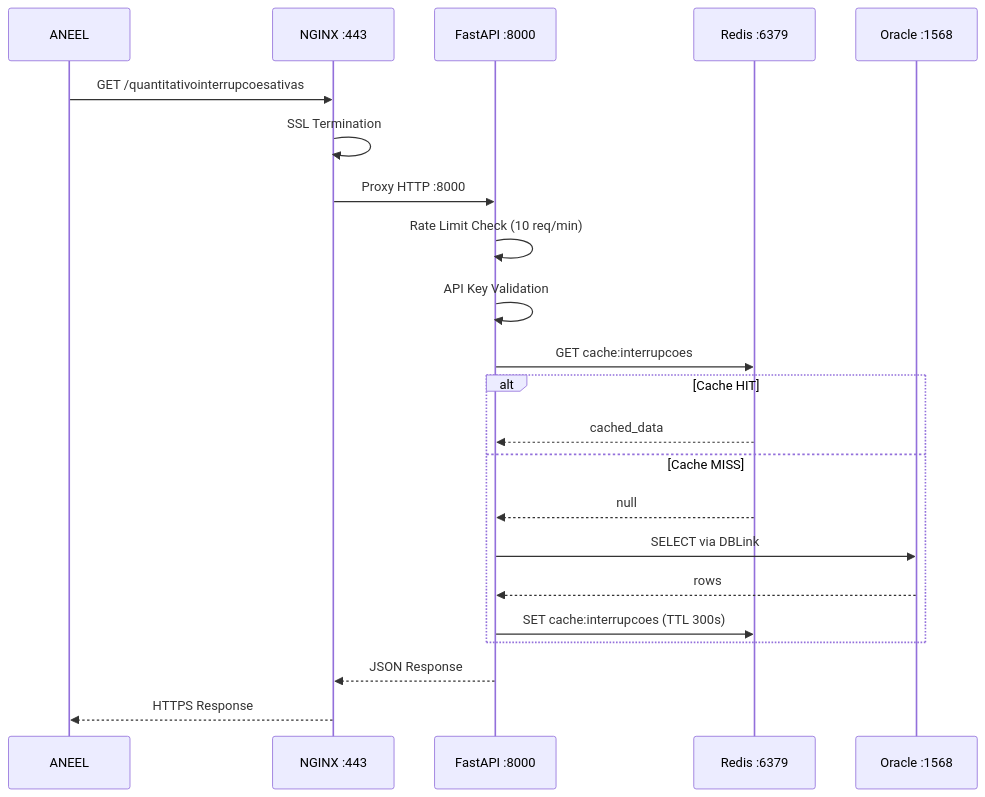
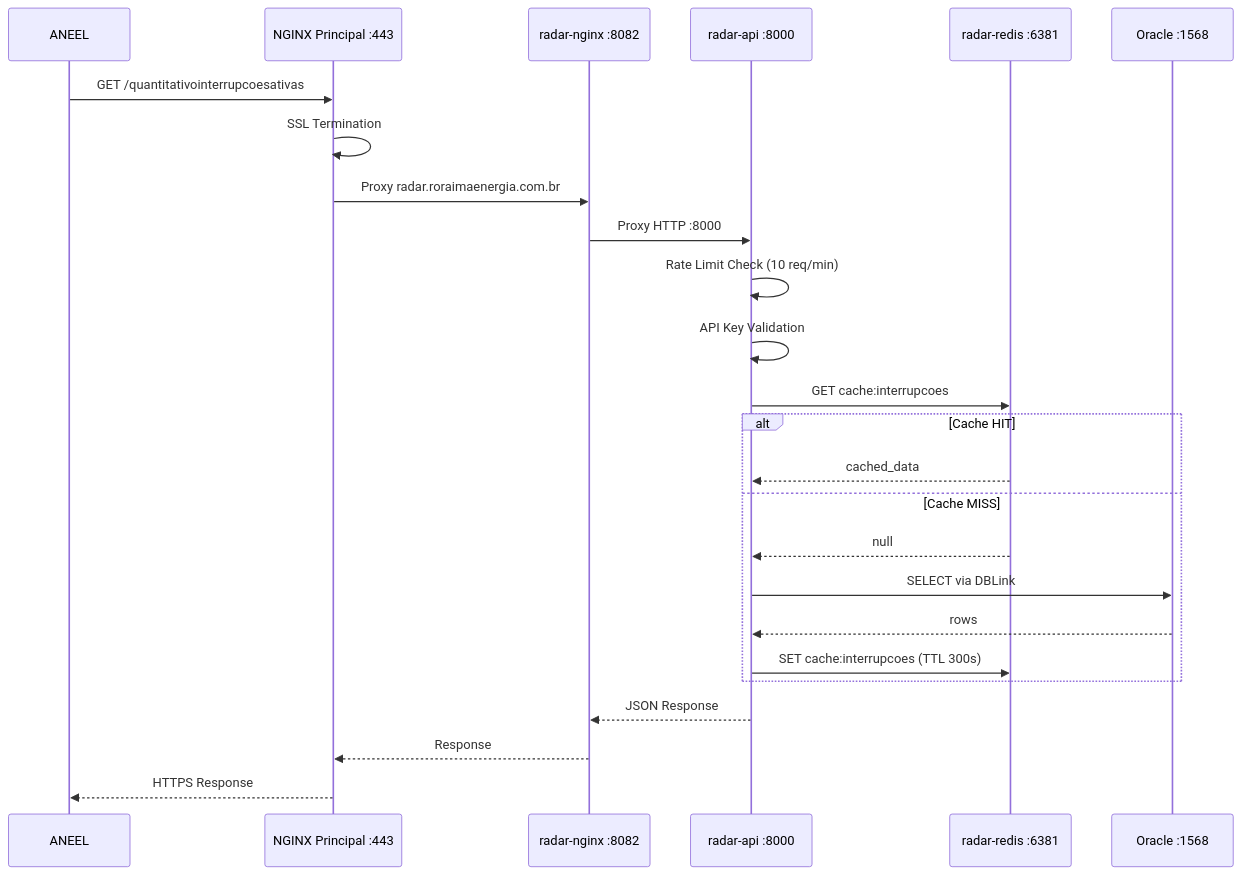
The second of 2 diagrams in docs/architecture/api1-component-diagram.md (devenergia/radar), drawn with Mermaid before and after one commit. The commit also changed other lines of this file and 1 other file, not shown here.

First line of the commit message:
docs(architecture): update ports to avoid conflicts with mjqee-gfuz

````diff
--- a/docs/architecture/api1-component-diagram.md
+++ b/docs/architecture/api1-component-diagram.md
@@ -482,29 +746,32 @@
 ```mermaid
 sequenceDiagram
     participant A as ANEEL
-    participant N as NGINX :443
-    participant F as FastAPI :8000
-    participant R as Redis :6379
+    participant NP as NGINX Principal :443
+    participant NR as radar-nginx :8082
+    participant F as radar-api :8000
+    participant R as radar-redis :6381
     participant O as Oracle :1568
 
-    A->>N: GET /quantitativointerrupcoesativas
-    N->>N: SSL Termination
-    N->>F: Proxy HTTP :8000
+    A->>NP: GET /quantitativointerrupcoesativas
+    NP->>NP: SSL Termination
+    NP->>NR: Proxy radar.roraimaenergia.com.br
+    NR->>F: Proxy HTTP :8000
 
     F->>F: Rate Limit Check (10 req/min)
     F->>F: API Key Validation
 
     F->>R: GET cache:interrupcoes
 
     alt Cache HIT
         R-->>F: cached_data
     else Cache MISS
         R-->>F: null
         F->>O: SELECT via DBLink
         O-->>F: rows
         F->>R: SET cache:interrupcoes (TTL 300s)
     end
 
-    F-->>N: JSON Response
-    N-->>A: HTTPS Response
+    F-->>NR: JSON Response
+    NR-->>NP: Response
+    NP-->>A: HTTPS Response
 ```
````
